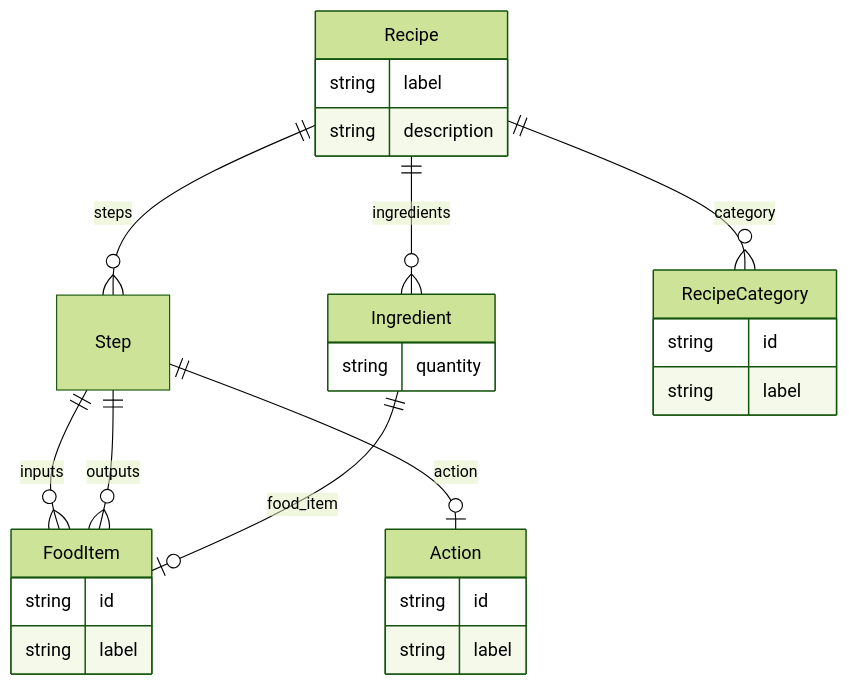
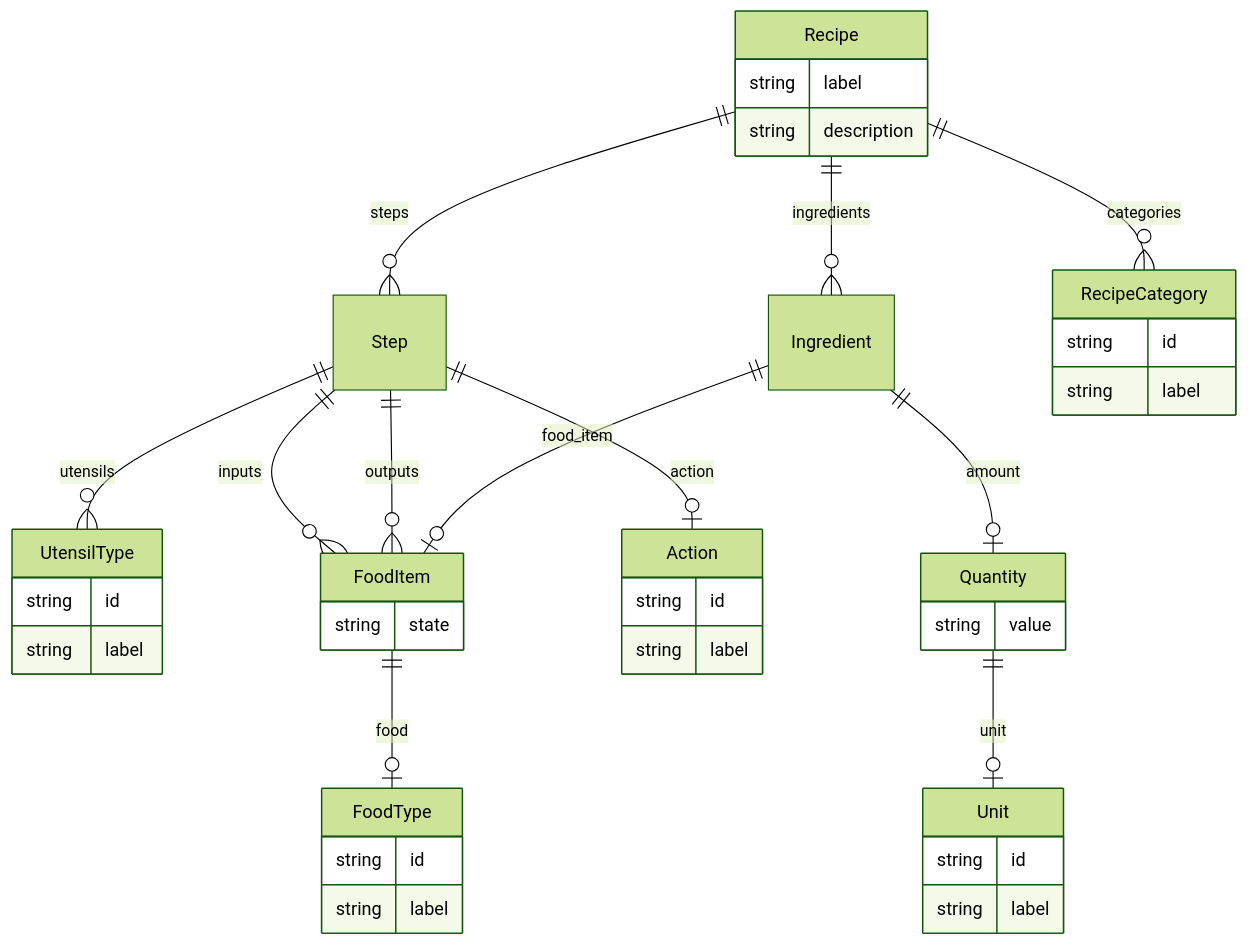
One commit to monarch-initiative/ontogpt changed the diagram in docs/recipe/index.md. Above: the diagram before and after it, drawn with Mermaid (forest theme). The commit also changed other lines of this file and 93 other files, not shown here.

````diff
--- a/docs/recipe/index.md
+++ b/docs/recipe/index.md
@@ -12,34 +12,52 @@
 ```mermaid
 erDiagram
 Recipe {
     string label  
     string description  
 }
 Step {
 
 }
+UtensilType {
+    string id  
+    string label  
+}
 FoodItem {
+    string state  
+}
+FoodType {
     string id  
     string label  
 }
 Action {
     string id  
     string label  
 }
 Ingredient {
-    string quantity  
+
+}
+Quantity {
+    string value  
+}
+Unit {
+    string id  
+    string label  
 }
 RecipeCategory {
     string id  
     string label  
 }
 
-Recipe ||--}o RecipeCategory : "category"
+Recipe ||--}o RecipeCategory : "categories"
 Recipe ||--}o Ingredient : "ingredients"
 Recipe ||--}o Step : "steps"
 Step ||--|o Action : "action"
 Step ||--}o FoodItem : "inputs"
 Step ||--}o FoodItem : "outputs"
+Step ||--}o UtensilType : "utensils"
+FoodItem ||--|o FoodType : "food"
 Ingredient ||--|o FoodItem : "food_item"
+Ingredient ||--|o Quantity : "amount"
+Quantity ||--|o Unit : "unit"
 
 ```
````
